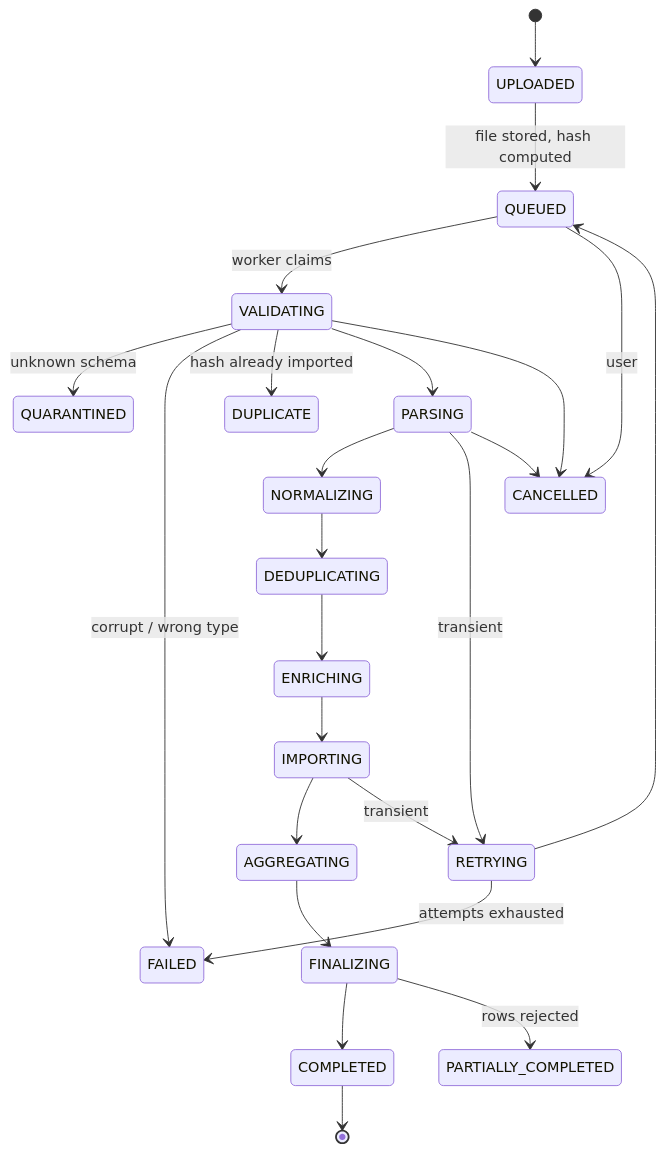
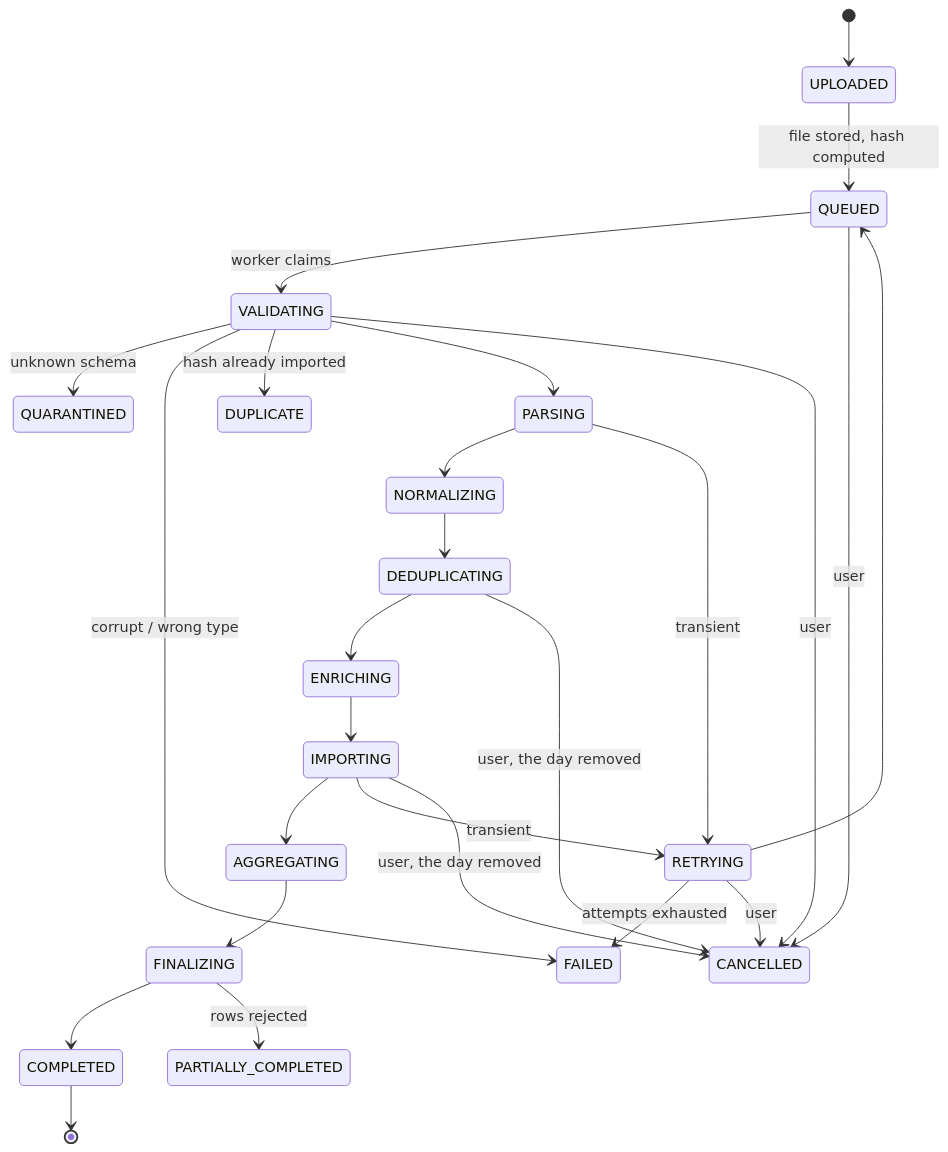
One commit to MahdiSiamaki/QuadraSense changed the diagram in docs/architecture/09-import-platform.md. Above: the diagram before and after it, drawn with Mermaid. The commit also changed other lines of this file, not shown here.

````diff
--- a/docs/architecture/09-import-platform.md
+++ b/docs/architecture/09-import-platform.md
@@ -232,26 +232,28 @@
 ```mermaid
 stateDiagram-v2
     [*] --> UPLOADED
     UPLOADED --> QUEUED : file stored, hash computed
     QUEUED --> VALIDATING : worker claims
     VALIDATING --> QUARANTINED : unknown schema
     VALIDATING --> FAILED : corrupt / wrong type
     VALIDATING --> DUPLICATE : hash already imported
     VALIDATING --> PARSING
     PARSING --> NORMALIZING
     NORMALIZING --> DEDUPLICATING
     DEDUPLICATING --> ENRICHING
     ENRICHING --> IMPORTING
     IMPORTING --> AGGREGATING
     AGGREGATING --> FINALIZING
     FINALIZING --> COMPLETED
     FINALIZING --> PARTIALLY_COMPLETED : rows rejected
     PARSING --> RETRYING : transient
     IMPORTING --> RETRYING : transient
     RETRYING --> QUEUED
     RETRYING --> FAILED : attempts exhausted
     QUEUED --> CANCELLED : user
-    VALIDATING --> CANCELLED
-    PARSING --> CANCELLED
+    RETRYING --> CANCELLED : user
+    VALIDATING --> CANCELLED : user
+    DEDUPLICATING --> CANCELLED : user, the day removed
+    IMPORTING --> CANCELLED : user, the day removed
     COMPLETED --> [*]
 ```
````
